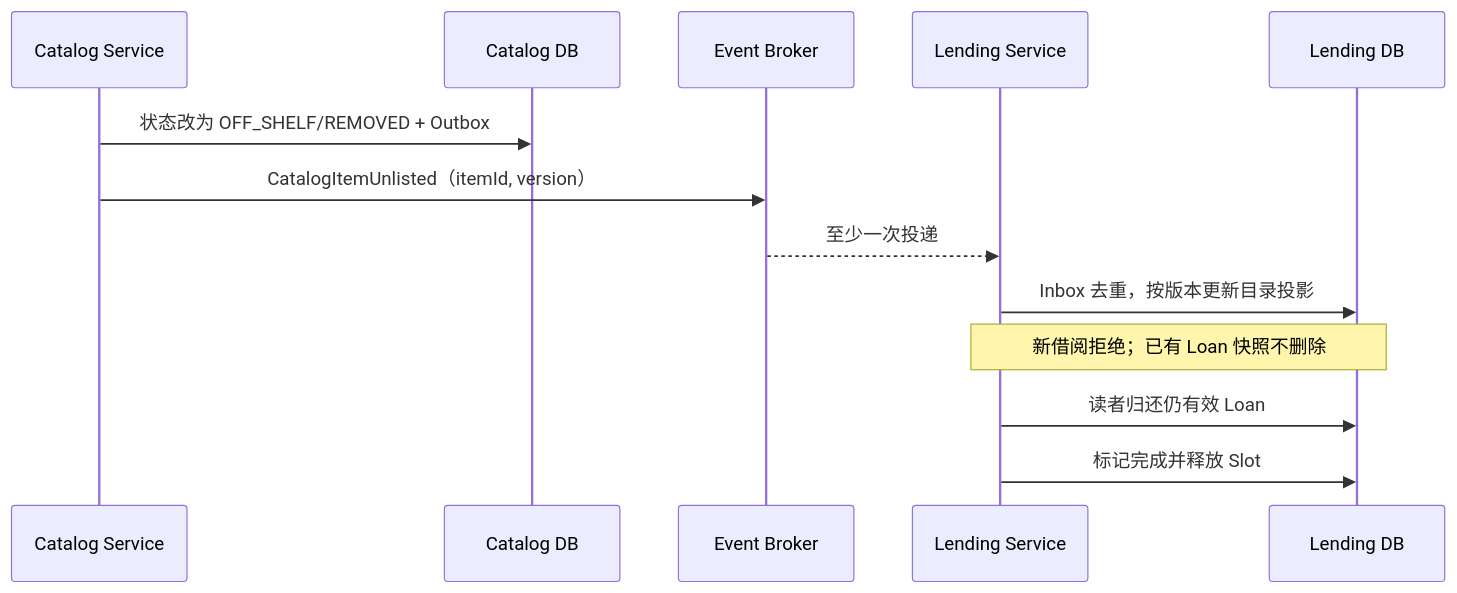
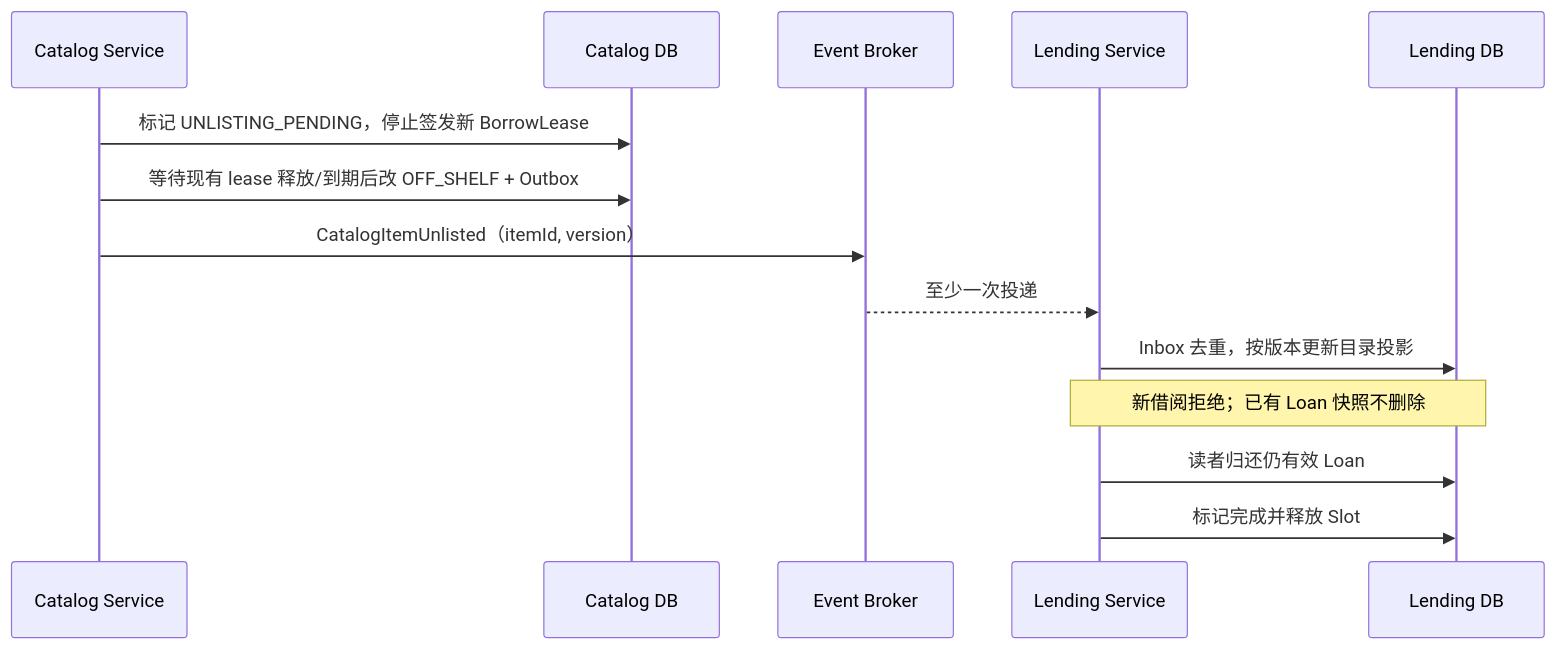
Before and after one commit to Freejourney/library-service: the eighth of 11 diagrams in backend-technical-spec.md, drawn with Mermaid. The commit also changed other lines of this file, not shown here.

````diff
--- a/backend-technical-spec.md
+++ b/backend-technical-spec.md
@@ -266,15 +336,16 @@
 ```mermaid
 sequenceDiagram
   participant C as Catalog Service
   participant CDB as Catalog DB
   participant K as Event Broker
   participant L as Lending Service
   participant LDB as Lending DB
-  C->>CDB: 状态改为 OFF_SHELF/REMOVED + Outbox
+  C->>CDB: 标记 UNLISTING_PENDING，停止签发新 BorrowLease
+  C->>CDB: 等待现有 lease 释放/到期后改 OFF_SHELF + Outbox
   C->>K: CatalogItemUnlisted（itemId, version）
   K-->>L: 至少一次投递
   L->>LDB: Inbox 去重，按版本更新目录投影
   Note over L,LDB: 新借阅拒绝；已有 Loan 快照不删除
   L->>LDB: 读者归还仍有效 Loan
   L->>LDB: 标记完成并释放 Slot
 ```
````
